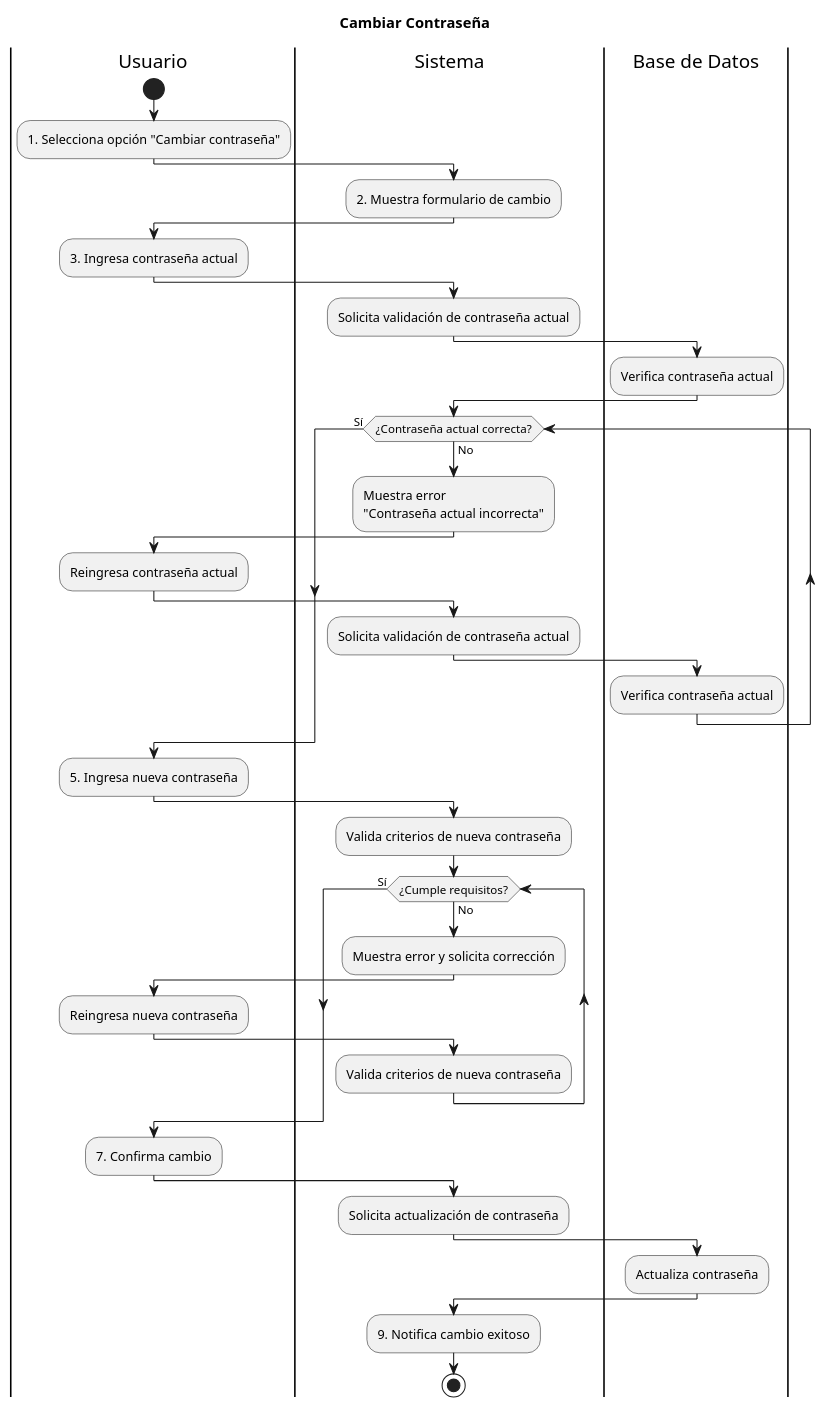
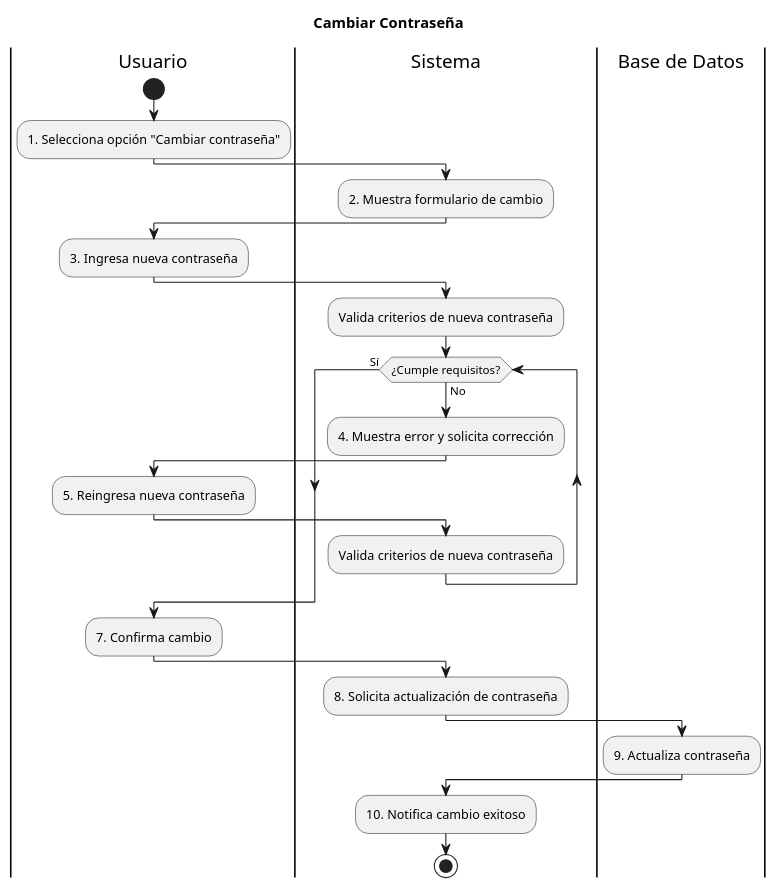
One commit to LauKnitIn/SISTEMA-GESTOR-DE-RECORRIDOS changed the diagram in diagramas_modulo_autenticacion/actividades-modulo-autenticacion/Actividades_Cambiar_contraseña.puml. Above: the diagram before and after it, drawn with PlantUML. The commit also changed 2 other files, not shown here.

Commit message:
Corrección diagramas modulo de autenticacion

```diff
--- a/diagramas_modulo_autenticacion/actividades-modulo-autenticacion/Actividades_Cambiar_contraseña.puml
+++ b/diagramas_modulo_autenticacion/actividades-modulo-autenticacion/Actividades_Cambiar_contraseña.puml
@@ -1,58 +1,38 @@
 @startuml
 title Cambiar Contraseña
 
 |Usuario|
 start
 :1. Selecciona opción "Cambiar contraseña";
 
 |Sistema|
 :2. Muestra formulario de cambio;
 
 |Usuario|
-:3. Ingresa contraseña actual;
-
-|Sistema|
-:Solicita validación de contraseña actual;
-
-|Base de Datos|
-:Verifica contraseña actual;
-
-|Sistema|
-while (¿Contraseña actual correcta?) is (No)
-:Muestra error\n"Contraseña actual incorrecta";
-|Usuario|
-:Reingresa contraseña actual;
-|Sistema|
-:Solicita validación de contraseña actual;
-|Base de Datos|
-:Verifica contraseña actual;
-endwhile (Sí)
-
-|Usuario|
-:5. Ingresa nueva contraseña;
+:3. Ingresa nueva contraseña;
 
 |Sistema|
 :Valida criterios de nueva contraseña;
 
 while (¿Cumple requisitos?) is (No)
-:Muestra error y solicita corrección;
+:4. Muestra error y solicita corrección;
 |Usuario|
-:Reingresa nueva contraseña;
+:5. Reingresa nueva contraseña;
 |Sistema|
 :Valida criterios de nueva contraseña;
 endwhile (Sí)
 
 |Usuario|
 :7. Confirma cambio;
 
 |Sistema|
-:Solicita actualización de contraseña;
+:8. Solicita actualización de contraseña;
 
 |Base de Datos|
-:Actualiza contraseña;
+:9. Actualiza contraseña;
 
 |Sistema|
-:9. Notifica cambio exitoso;
+:10. Notifica cambio exitoso;
 
 stop
 @enduml
```
